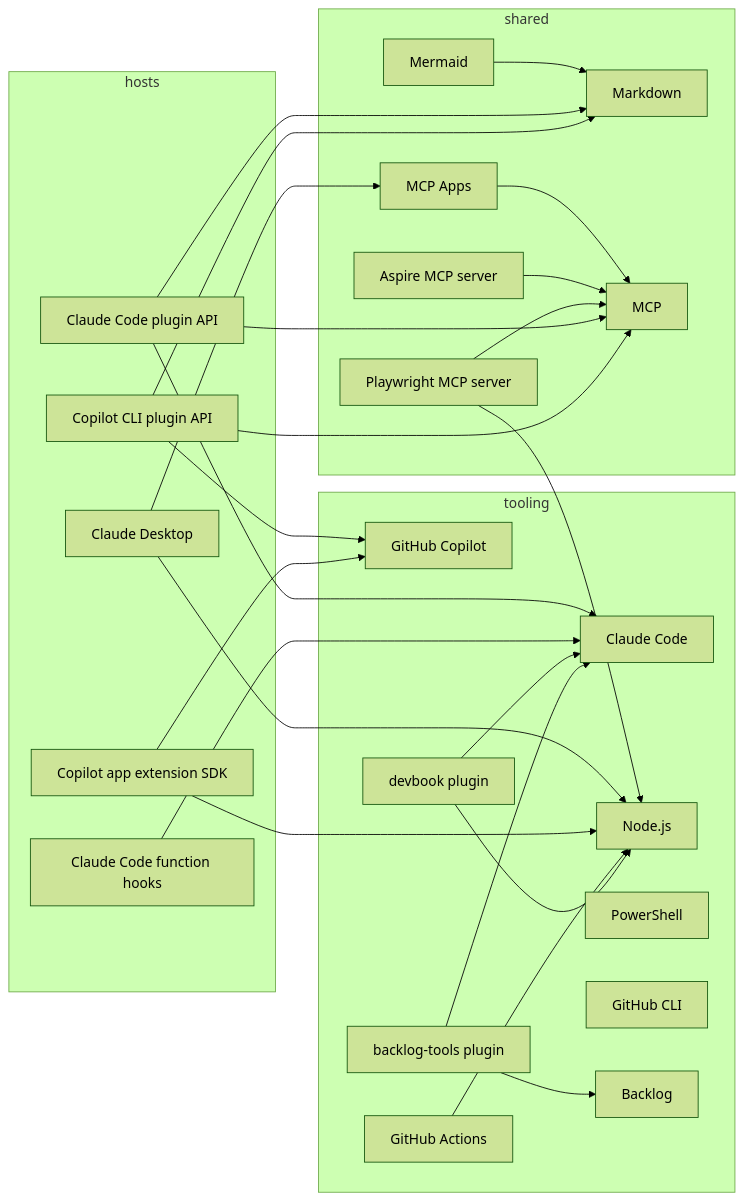
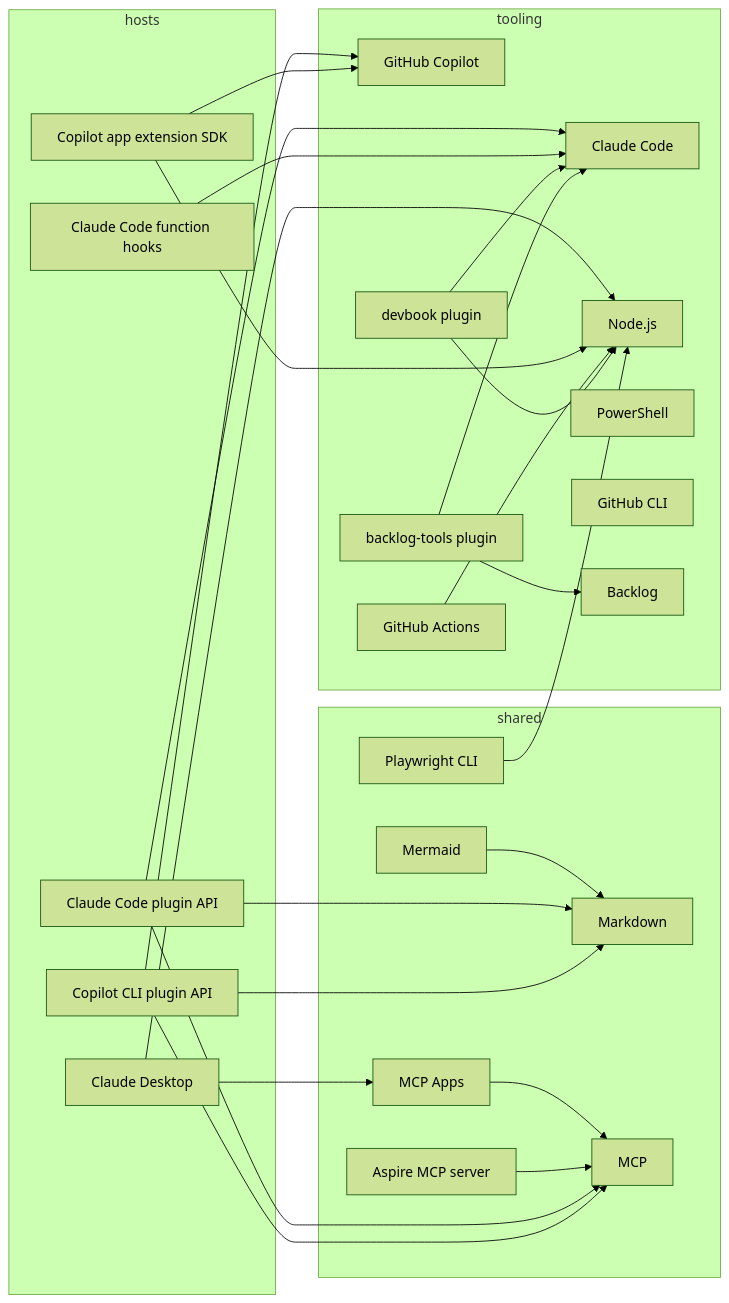
One commit to JSdotNet/ai-plugins changed the diagram in .devbook/tech/technology-graph.md. Above: the diagram before and after it, drawn with Mermaid (forest theme). The commit also changed other lines of this file and 5 other files, not shown here.

First line of the commit message:
docs(arc42): record the Playwright CLI as qa's browser tool

````diff
--- a/.devbook/tech/technology-graph.md
+++ b/.devbook/tech/technology-graph.md
@@ -23,50 +23,49 @@
 ```mermaid
 graph LR
     subgraph shared
         markdown[Markdown]
         mermaid[Mermaid]
         mcp[MCP]
         mcp-apps[MCP Apps]
         aspire-mcp[Aspire MCP server]
-        playwright-mcp[Playwright MCP server]
+        playwright-cli[Playwright CLI]
     end
     subgraph hosts
         claude-api[Claude Code plugin API]
         copilot-api[Copilot CLI plugin API]
         claude-desktop[Claude Desktop]
         copilot-sdk[Copilot app extension SDK]
         claude-hooks[Claude Code function hooks]
     end
     subgraph tooling
         claude-code[Claude Code]
         copilot[GitHub Copilot]
         node[Node.js]
         pwsh[PowerShell]
         actions[GitHub Actions]
         gh[GitHub CLI]
         devbook[devbook plugin]
         backlog[Backlog]
         backlog-tools[backlog-tools plugin]
     end
     mermaid --> markdown
     mcp-apps --> mcp
     aspire-mcp --> mcp
-    playwright-mcp --> mcp
-    playwright-mcp --> node
+    playwright-cli --> node
     claude-api --> claude-code
     claude-api --> markdown
     claude-api --> mcp
     copilot-api --> copilot
     copilot-api --> markdown
     copilot-api --> mcp
     claude-desktop --> mcp-apps
     claude-desktop --> node
     copilot-sdk --> copilot
     copilot-sdk --> node
     claude-hooks --> claude-code
     actions --> node
     devbook --> node
     devbook --> claude-code
     backlog-tools --> claude-code
     backlog-tools --> backlog
 ```
````
